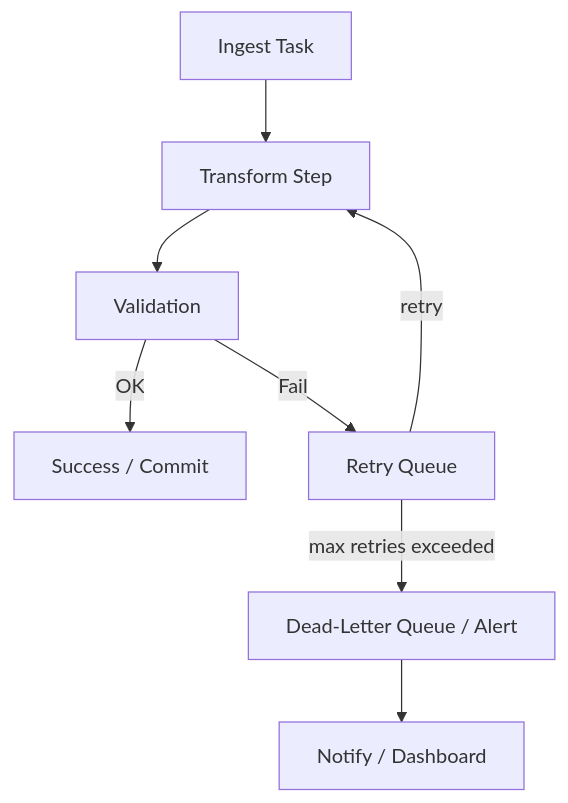
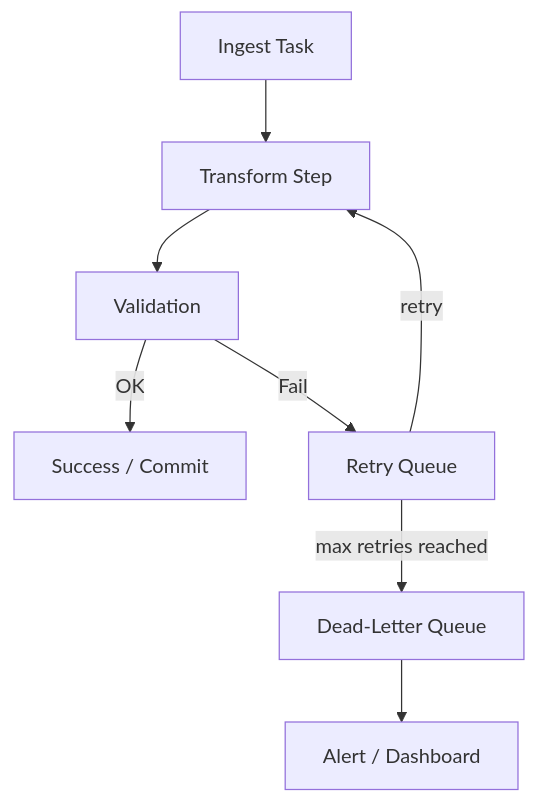
Before and after one commit to Tejustarr/snowflake-handbook: the fourth of 4 diagrams in whats-new/2025/1-openflow/diagrams.md, drawn with Mermaid. The commit also changed other lines of this file, not shown here.

````diff
--- a/whats-new/2025/1-openflow/diagrams.md
+++ b/whats-new/2025/1-openflow/diagrams.md
@@ -117,17 +117,17 @@
 ```mermaid
 flowchart TD
-  Ingest[Ingest Task]
-  Transform[Transform Step]
-  Validate[Validation]
-  Success[Success / Commit]
-  RetryQueue[Retry Queue]
-  DeadLetter[Dead-Letter Queue / Alert]
-  Alert[Notify / Dashboard]
+  I["Ingest Task"]
+  X["Transform Step"]
+  V["Validation"]
+  S["Success / Commit"]
+  RQ["Retry Queue"]
+  DLQ["Dead-Letter Queue"]
+  AL["Alert / Dashboard"]
 
-  Ingest --> Transform --> Validate
-  Validate -->|OK| Success
-  Validate -->|Fail| RetryQueue
-  RetryQueue -->|retry| Transform
-  RetryQueue -->|max retries exceeded| DeadLetter
-  DeadLetter --> Alert
+  I --> X --> V
+  V -->|OK| S
+  V -->|Fail| RQ
+  RQ -->|retry| X
+  RQ -->|max retries reached| DLQ
+  DLQ --> AL
 ```
````
